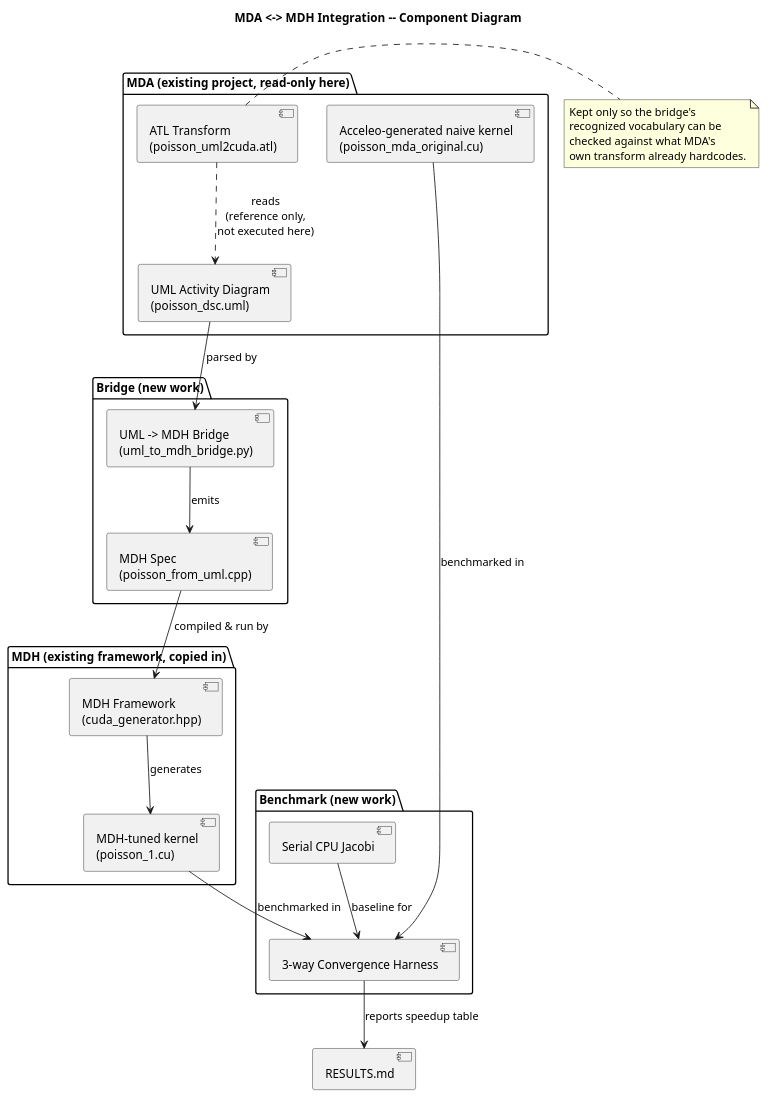
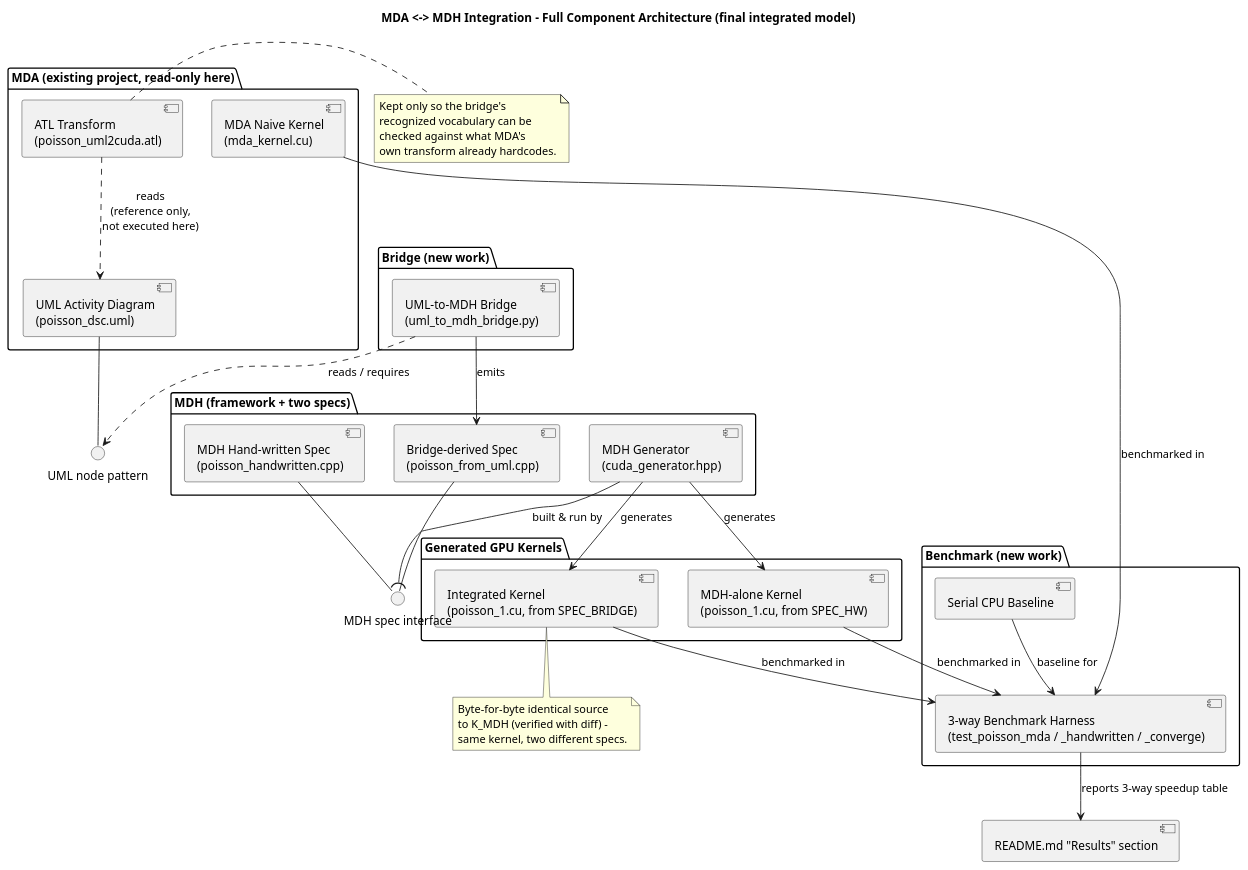
Before and after one commit to rahim-druba/mda-mdh-integration: the first of 3 diagrams in diagrams/pipeline.puml, drawn with PlantUML. The commit also changed other lines of this file and 1 other file, not shown here.

First line of the commit message:
Add a full-picture Component diagram and a Sequence diagram with lifelines

```diff
--- a/diagrams/pipeline.puml
+++ b/diagrams/pipeline.puml
@@ -1,45 +1,68 @@
 @startuml Component_Architecture
-title MDA <-> MDH Integration -- Component Diagram
+title MDA <-> MDH Integration - Full Component Architecture (final integrated model)
+skinparam componentStyle uml2
 
 package "MDA (existing project, read-only here)" {
   [UML Activity Diagram\n(poisson_dsc.uml)] as UML
   [ATL Transform\n(poisson_uml2cuda.atl)] as ATL
-  [Acceleo-generated naive kernel\n(poisson_mda_original.cu)] as MDA_KERNEL
+  [MDA Naive Kernel\n(mda_kernel.cu)] as MDA_KERNEL
 }
 
 package "Bridge (new work)" {
-  [UML -> MDH Bridge\n(uml_to_mdh_bridge.py)] as BRIDGE
-  [MDH Spec\n(poisson_from_uml.cpp)] as SPEC
+  [UML-to-MDH Bridge\n(uml_to_mdh_bridge.py)] as BRIDGE
 }
 
-package "MDH (existing framework, copied in)" {
-  [MDH Framework\n(cuda_generator.hpp)] as MDH_GEN
-  [MDH-tuned kernel\n(poisson_1.cu)] as MDH_KERNEL
+package "MDH (framework + two specs)" {
+  [MDH Hand-written Spec\n(poisson_handwritten.cpp)] as SPEC_HW
+  [Bridge-derived Spec\n(poisson_from_uml.cpp)] as SPEC_BRIDGE
+  [MDH Generator\n(cuda_generator.hpp)] as GENERATOR
+}
+
+package "Generated GPU Kernels" {
+  [MDH-alone Kernel\n(poisson_1.cu, from SPEC_HW)] as K_MDH
+  [Integrated Kernel\n(poisson_1.cu, from SPEC_BRIDGE)] as K_INTEGRATED
 }
 
 package "Benchmark (new work)" {
-  [Serial CPU Jacobi] as SERIAL
-  [3-way Convergence Harness] as HARNESS
+  [Serial CPU Baseline] as SERIAL
+  [3-way Benchmark Harness\n(test_poisson_mda / _handwritten / _converge)] as HARNESS
 }
 
-[RESULTS.md] as RESULTS
+[README.md "Results" section] as RESULTS
 
-UML --> BRIDGE : parsed by
+() "UML node pattern" as NodePattern
+() "MDH spec interface" as SpecIface
+
+UML -- NodePattern
+BRIDGE ..> NodePattern : reads / requires
 ATL ..> UML : reads\n(reference only,\nnot executed here)
 note right of ATL
   Kept only so the bridge's
   recognized vocabulary can be
   checked against what MDA's
   own transform already hardcodes.
 end note
 
-BRIDGE --> SPEC : emits
-SPEC --> MDH_GEN : compiled & run by
-MDH_GEN --> MDH_KERNEL : generates
+BRIDGE --> SPEC_BRIDGE : emits
+
+SPEC_HW -- SpecIface
+SPEC_BRIDGE -- SpecIface
+SpecIface )- GENERATOR : built & run by
+
+GENERATOR --> K_MDH : generates
+GENERATOR --> K_INTEGRATED : generates
+
+note bottom of K_INTEGRATED
+  Byte-for-byte identical source
+  to K_MDH (verified with diff) -
+  same kernel, two different specs.
+end note
 
 MDA_KERNEL --> HARNESS : benchmarked in
-MDH_KERNEL --> HARNESS : benchmarked in
+K_MDH --> HARNESS : benchmarked in
+K_INTEGRATED --> HARNESS : benchmarked in
 SERIAL --> HARNESS : baseline for
-HARNESS --> RESULTS : reports speedup table
+
+HARNESS --> RESULTS : reports 3-way speedup table
 
 @enduml
```
